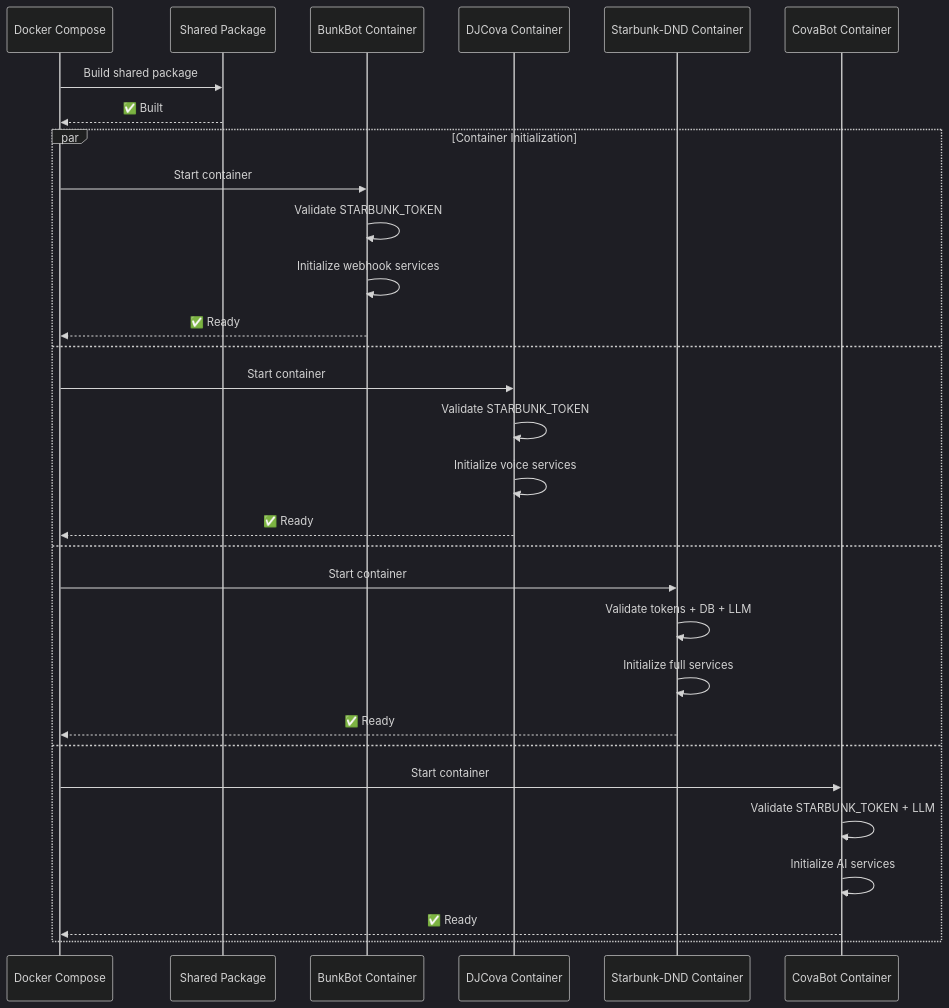
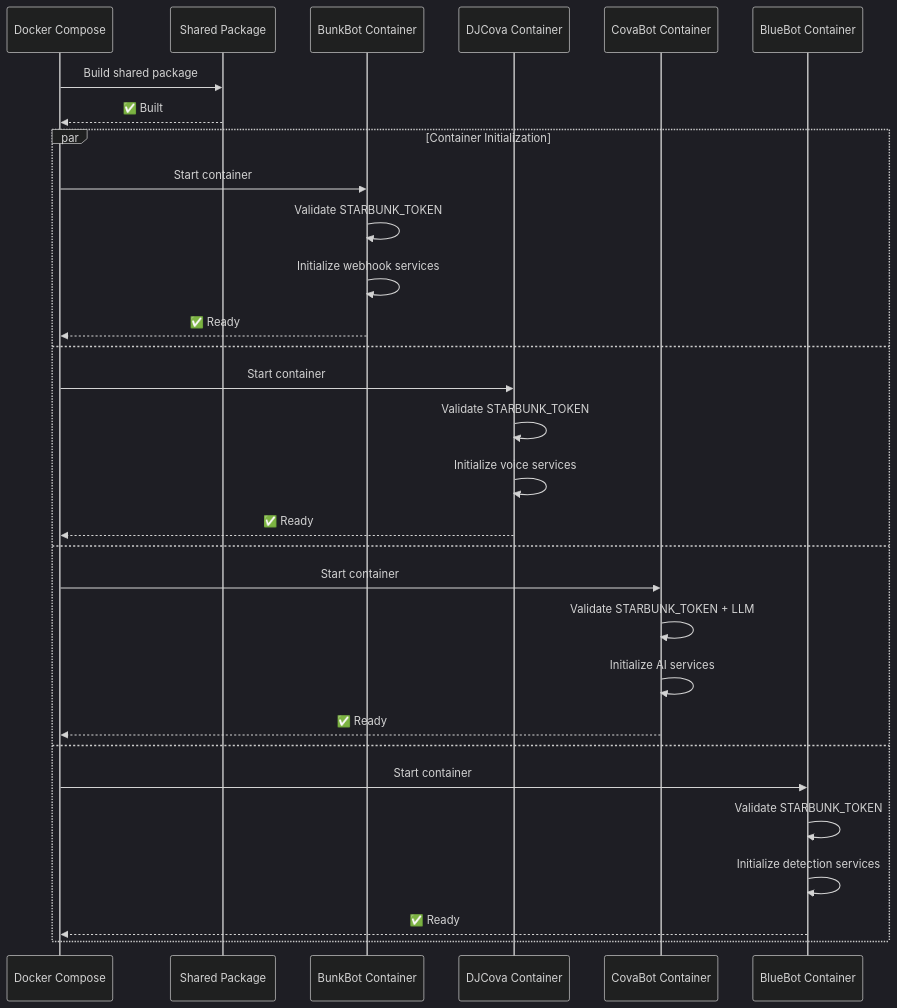
One commit to andrewgari/starbunk-js changed the second of 2 diagrams in README.md. Above: the diagram before and after it, drawn with Mermaid (dark theme). The commit also changed other lines of this file and 56 other files, not shown here.

First line of the commit message:
feat: remove starbunk-dnd app and all references

````diff
--- a/README.md
+++ b/README.md
@@ -232,34 +209,34 @@
 ```mermaid
 sequenceDiagram
     participant Docker as Docker Compose
     participant Shared as Shared Package
     participant BunkBot as BunkBot Container
     participant DJCova as DJCova Container
-    participant StarbunkDND as Starbunk-DND Container
     participant CovaBot as CovaBot Container
+    participant BlueBot as BlueBot Container
 
     Docker->>Shared: Build shared package
     Shared-->>Docker: ✅ Built
 
     par Container Initialization
         Docker->>BunkBot: Start container
         BunkBot->>BunkBot: Validate STARBUNK_TOKEN
         BunkBot->>BunkBot: Initialize webhook services
         BunkBot-->>Docker: ✅ Ready
     and
         Docker->>DJCova: Start container
         DJCova->>DJCova: Validate STARBUNK_TOKEN
         DJCova->>DJCova: Initialize voice services
         DJCova-->>Docker: ✅ Ready
     and
-        Docker->>StarbunkDND: Start container
-        StarbunkDND->>StarbunkDND: Validate tokens + DB + LLM
-        StarbunkDND->>StarbunkDND: Initialize full services
-        StarbunkDND-->>Docker: ✅ Ready
-    and
         Docker->>CovaBot: Start container
         CovaBot->>CovaBot: Validate STARBUNK_TOKEN + LLM
         CovaBot->>CovaBot: Initialize AI services
         CovaBot-->>Docker: ✅ Ready
+    and
+        Docker->>BlueBot: Start container
+        BlueBot->>BlueBot: Validate STARBUNK_TOKEN
+        BlueBot->>BlueBot: Initialize detection services
+        BlueBot-->>Docker: ✅ Ready
     end
 ```
````
